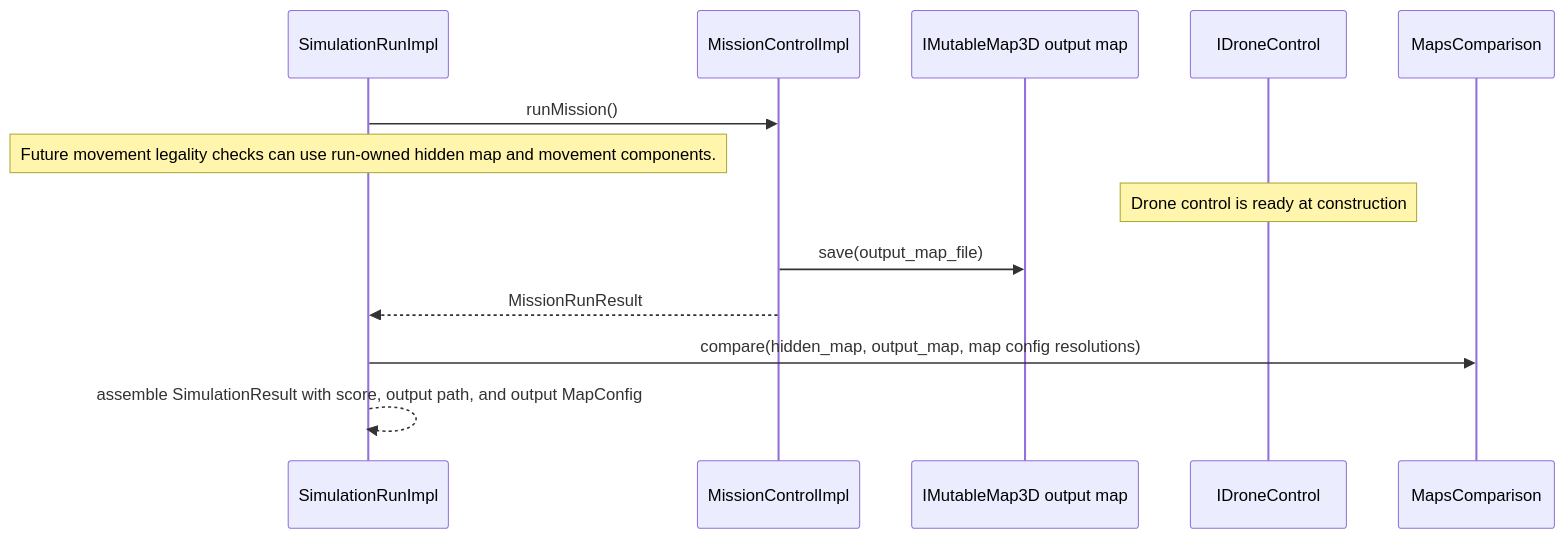
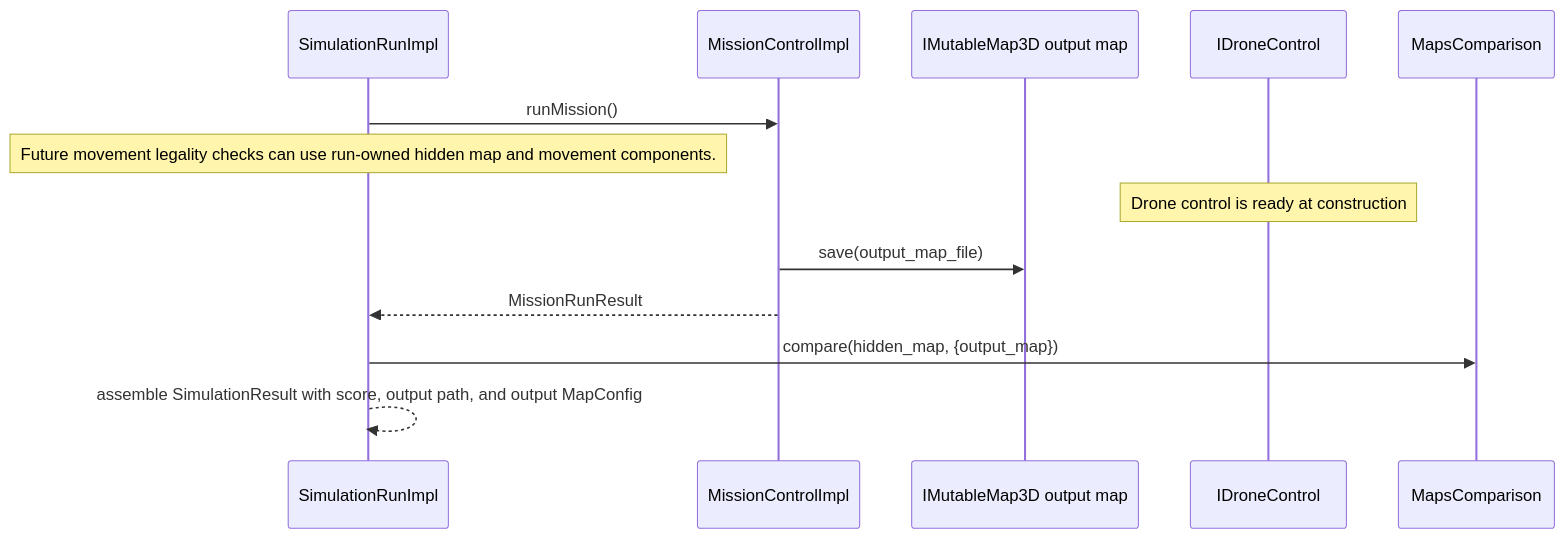
Before and after one commit to davidKop98/drone_mapper_ex2: the fourth of 4 diagrams in docs/HLD.md, drawn with Mermaid. The commit also changed other lines of this file and 5 other files, not shown here.

````diff
--- a/docs/HLD.md
+++ b/docs/HLD.md
@@ -275,16 +272,16 @@
 ```mermaid
 sequenceDiagram
     participant Run as SimulationRunImpl
     participant Mission as MissionControlImpl
     participant OutputMap as IMutableMap3D output map
     participant Drone as IDroneControl
     participant Compare as MapsComparison
 
     Run->>Mission: runMission()
     Note over Run: Future movement legality checks can use run-owned hidden map and movement components.
     Note over Drone: Drone control is ready at construction;
     Mission->>OutputMap: save(output_map_file)
     Mission-->>Run: MissionRunResult
-    Run->>Compare: compare(hidden_map, output_map, map config resolutions)
+    Run->>Compare: compare(hidden_map, {output_map})
     Run-->>Run: assemble SimulationResult with score, output path, and output MapConfig
 ```
````
